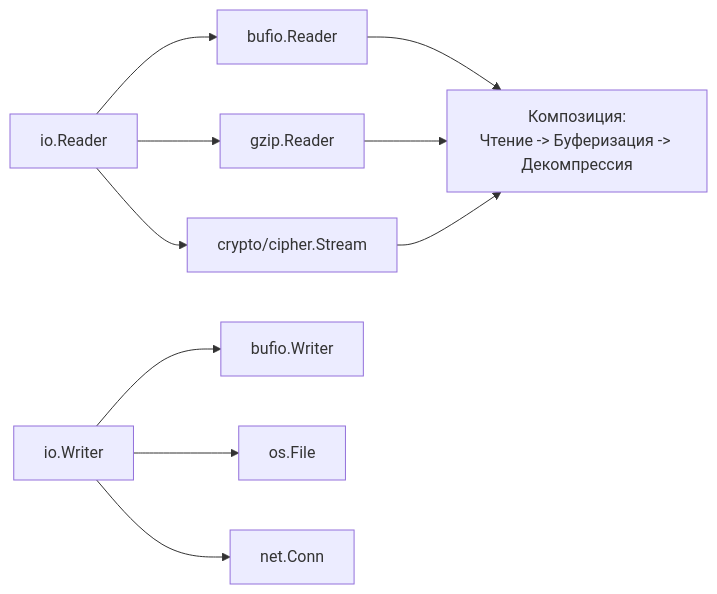
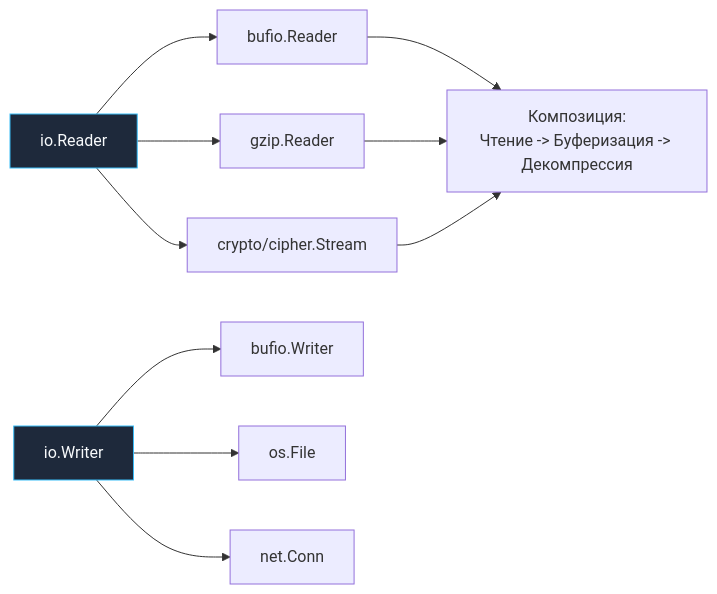
The first of 2 diagrams in sources/6. Стандартная библиотека Go/1. Обзор раздела. Почему стандартной библиотеки Go часто достаточно.md (UnrealTemplier/go-textbook), drawn with Mermaid before and after one commit. The commit also changed 1666 other files, not shown here.

First line of the commit message:
feat(mermaid): add semantic color classDef to 1369 colorless flowchart/graph diagrams

````diff
--- a/sources/6. Стандартная библиотека Go/1. Обзор раздела. Почему стандартной библиотеки Go часто достаточно.md
+++ b/sources/6. Стандартная библиотека Go/1. Обзор раздела. Почему стандартной библиотеки Go часто достаточно.md
@@ -29,14 +29,24 @@
 ```mermaid
 flowchart LR
-    A["io.Reader"] --> B["bufio.Reader"]
+    classDef process  fill:#1e293b,stroke:#38bdf8,stroke-width:1px,color:#f8fafc
+    classDef success  fill:#064e3b,stroke:#34d399,stroke-width:1px,color:#f8fafc
+    classDef error    fill:#7f1d1d,stroke:#f87171,stroke-width:1px,color:#f8fafc
+    classDef warning  fill:#78350f,stroke:#fbbf24,stroke-width:1px,color:#f8fafc
+    classDef entry    fill:#1e3a5f,stroke:#38bdf8,stroke-width:2px,color:#f8fafc
+    classDef aux      fill:#334155,stroke:#64748b,stroke-width:1px,color:#f8fafc
+    classDef system   fill:#312e81,stroke:#a78bfa,stroke-width:1px,color:#f8fafc
+    classDef data     fill:#132d29,stroke:#2dd4bf,stroke-width:1px,color:#f8fafc
+    classDef network  fill:#881337,stroke:#fb7185,stroke-width:1px,color:#f8fafc
+    classDef accent   fill:#1e1b4b,stroke:#818cf8,stroke-width:1px,color:#f8fafc
+    A["io.Reader"]:::process --> B["bufio.Reader"]
     A --> C["gzip.Reader"]
     A --> D["crypto/cipher.Stream"]
     
-    E["io.Writer"] --> F["bufio.Writer"]
+    E["io.Writer"]:::process --> F["bufio.Writer"]
     E --> G["os.File"]
     E --> H["net.Conn"]
     
     B --> I["Композиция:<br>Чтение -> Буферизация -> Декомпрессия"]
     C --> I
     D --> I
 ```
````
